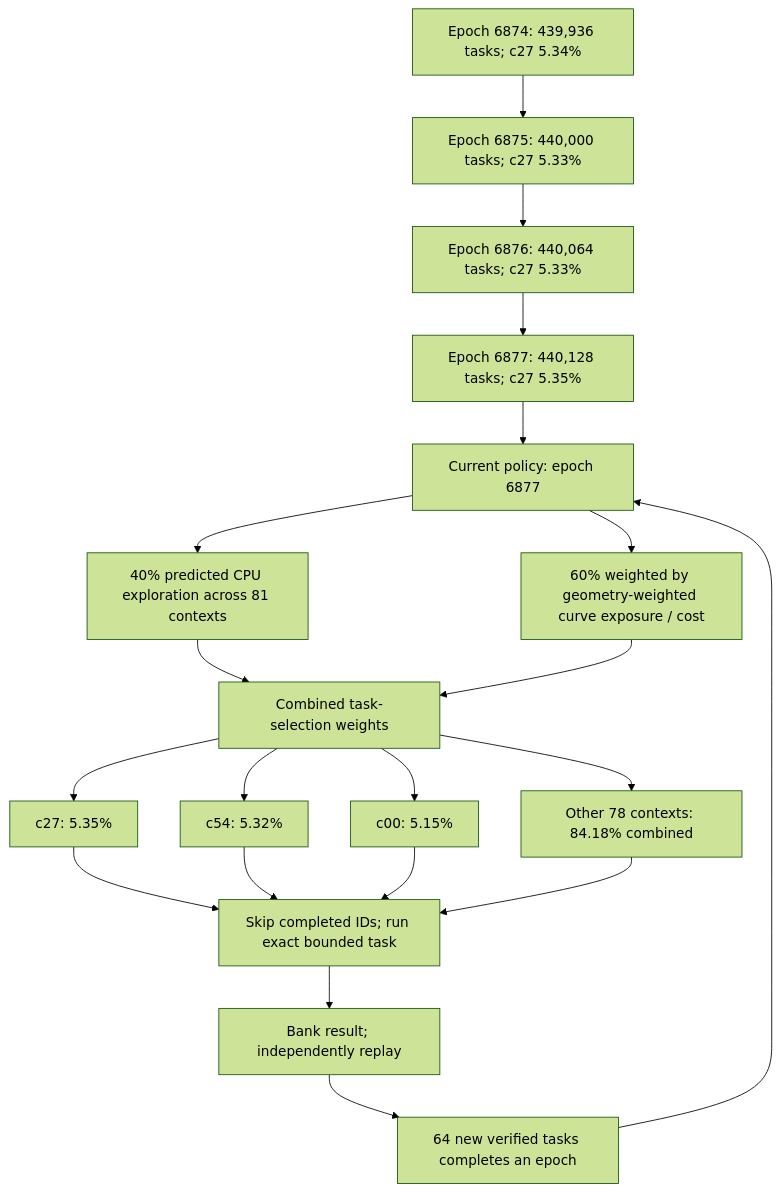
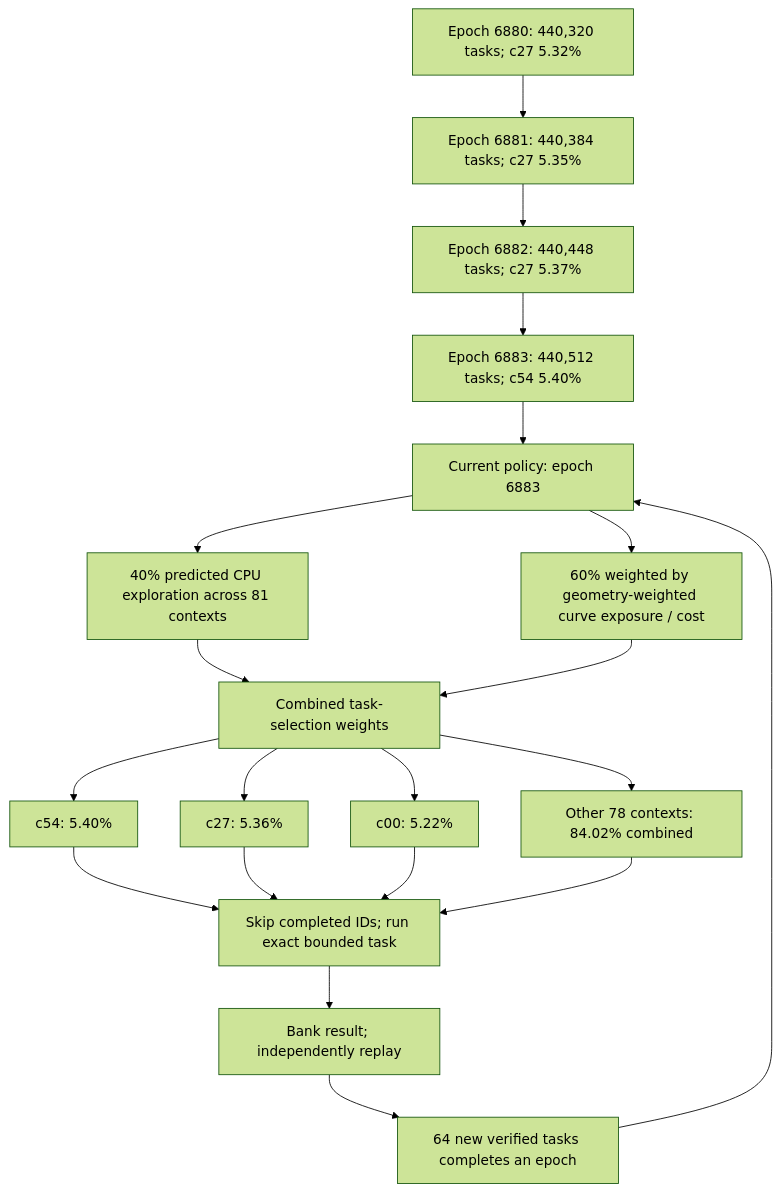
One commit to Kuberwastaken/math-gambling changed the first of 4 diagrams in README.md. Above: the diagram before and after it, drawn with Mermaid (forest theme). The commit also changed other lines of this file and 1937 other files, not shown here.

````diff
--- a/README.md
+++ b/README.md
@@ -60,27 +60,27 @@
 ```mermaid
 flowchart TD
-    H0["Epoch 6874: 439,936 tasks; c27 5.34%"]
-    H1["Epoch 6875: 440,000 tasks; c27 5.33%"]
+    H0["Epoch 6880: 440,320 tasks; c27 5.32%"]
+    H1["Epoch 6881: 440,384 tasks; c27 5.35%"]
     H0 --> H1
-    H2["Epoch 6876: 440,064 tasks; c27 5.33%"]
+    H2["Epoch 6882: 440,448 tasks; c27 5.37%"]
     H1 --> H2
-    H3["Epoch 6877: 440,128 tasks; c27 5.35%"]
+    H3["Epoch 6883: 440,512 tasks; c54 5.40%"]
     H2 --> H3
-    Policy["Current policy: epoch 6877"]
+    Policy["Current policy: epoch 6883"]
     H3 --> Policy
     Policy --> Explore["40% predicted CPU exploration across 81 contexts"]
     Policy --> Cost["60% weighted by geometry-weighted curve exposure / cost"]
     Explore --> Mix["Combined task-selection weights"]
     Cost --> Mix
-    Mix --> C0["c27: 5.35%"]
-    Mix --> C1["c54: 5.32%"]
-    Mix --> C2["c00: 5.15%"]
-    Mix --> Rest["Other 78 contexts: 84.18% combined"]
+    Mix --> C0["c54: 5.40%"]
+    Mix --> C1["c27: 5.36%"]
+    Mix --> C2["c00: 5.22%"]
+    Mix --> Rest["Other 78 contexts: 84.02% combined"]
     C0 --> Check["Skip completed IDs; run exact bounded task"]
     C1 --> Check
     C2 --> Check
     Rest --> Check
     Check --> Replay["Bank result; independently replay"]
     Replay --> Gate["64 new verified tasks completes an epoch"]
     Gate --> Policy
 ```
````
